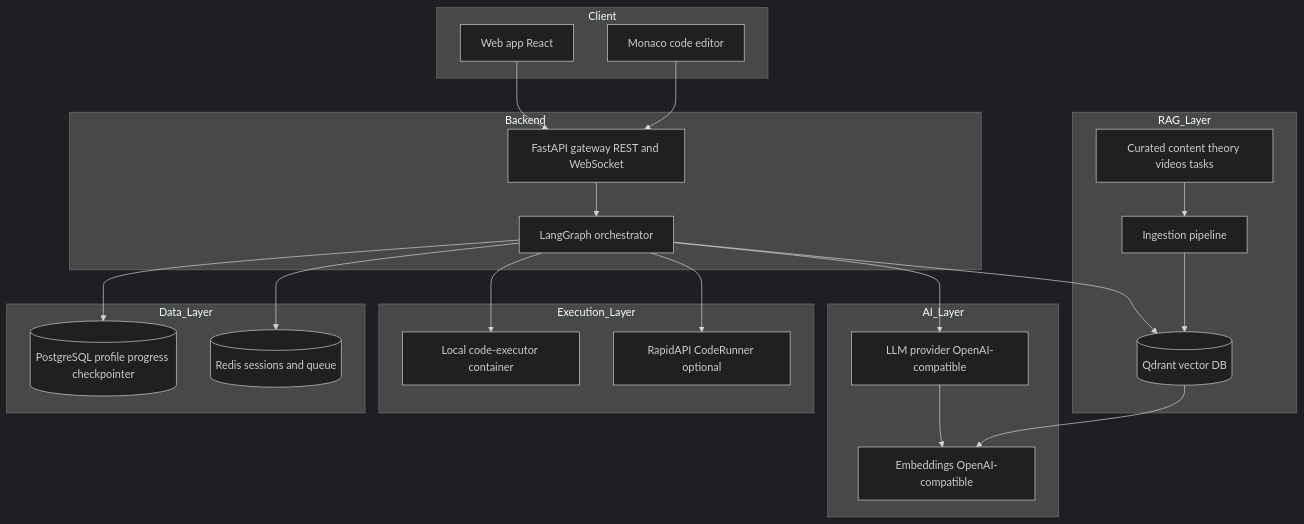
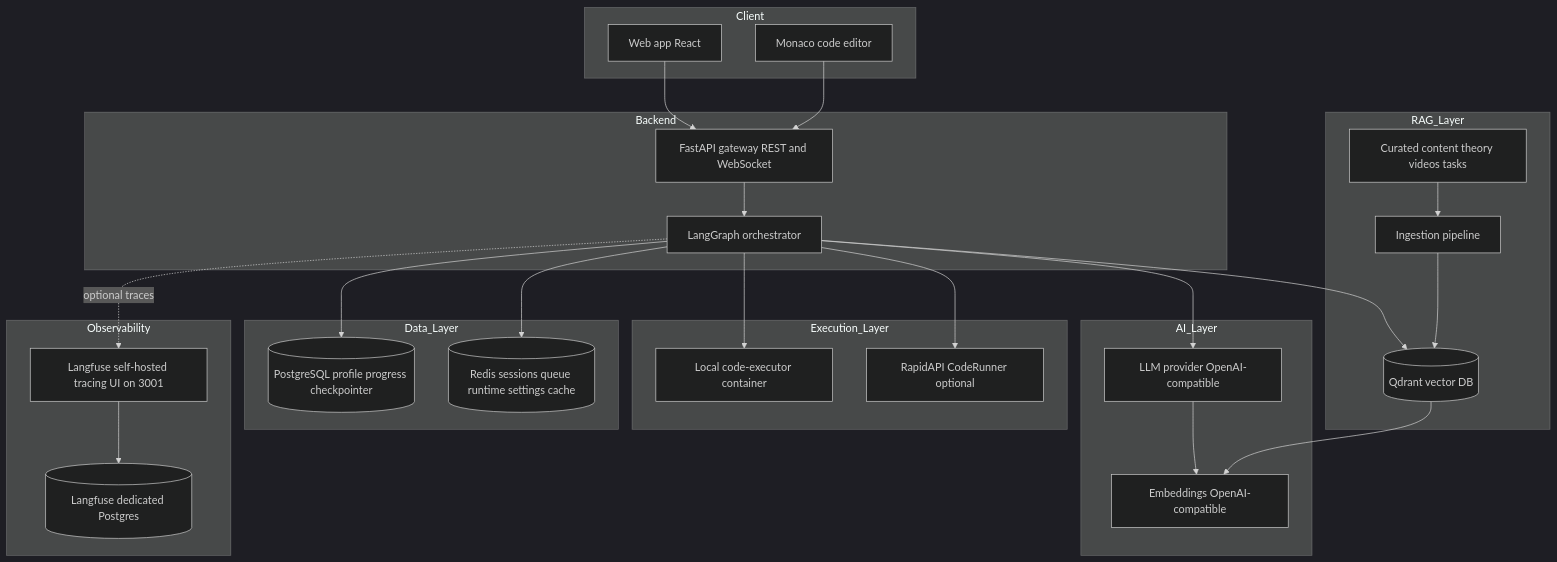
Before and after one commit to dmitrygashnikov/demo_ai_agent: the first of 5 diagrams in README.md, drawn with Mermaid (dark theme). The commit also changed other lines of this file and 18 other files, not shown here.

Commit message:
langfuse and runtime configure

````diff
--- a/README.md
+++ b/README.md
@@ -29,47 +29,54 @@
 ```mermaid
 graph TD
     subgraph Client
         WEB[Web app React]
         EDITOR[Monaco code editor]
     end
 
     subgraph Backend
         API[FastAPI gateway REST and WebSocket]
         ORCH[LangGraph orchestrator]
     end
 
     subgraph AI_Layer
         LLM[LLM provider OpenAI-compatible]
         EMB[Embeddings OpenAI-compatible]
     end
 
     subgraph RAG_Layer
         VDB[(Qdrant vector DB)]
         INGEST[Ingestion pipeline]
         CONTENT[Curated content theory videos tasks]
     end
 
     subgraph Execution_Layer
         LOCAL[Local code-executor container]
         RAPID[RapidAPI CodeRunner optional]
     end
 
     subgraph Data_Layer
         PG[(PostgreSQL profile progress checkpointer)]
-        CACHE[(Redis sessions and queue)]
+        CACHE[(Redis sessions queue runtime settings cache)]
+    end
+
+    subgraph Observability
+        LF[Langfuse self-hosted tracing UI on 3001]
+        LFDB[(Langfuse dedicated Postgres)]
     end
 
     WEB --> API
     EDITOR --> API
     API --> ORCH
     ORCH --> LLM
     ORCH --> VDB
     ORCH --> LOCAL
     ORCH --> RAPID
     LLM --> EMB
     VDB --> EMB
     INGEST --> VDB
     CONTENT --> INGEST
     ORCH --> PG
     ORCH --> CACHE
+    ORCH -.optional traces.-> LF
+    LF --> LFDB
 ```
````
